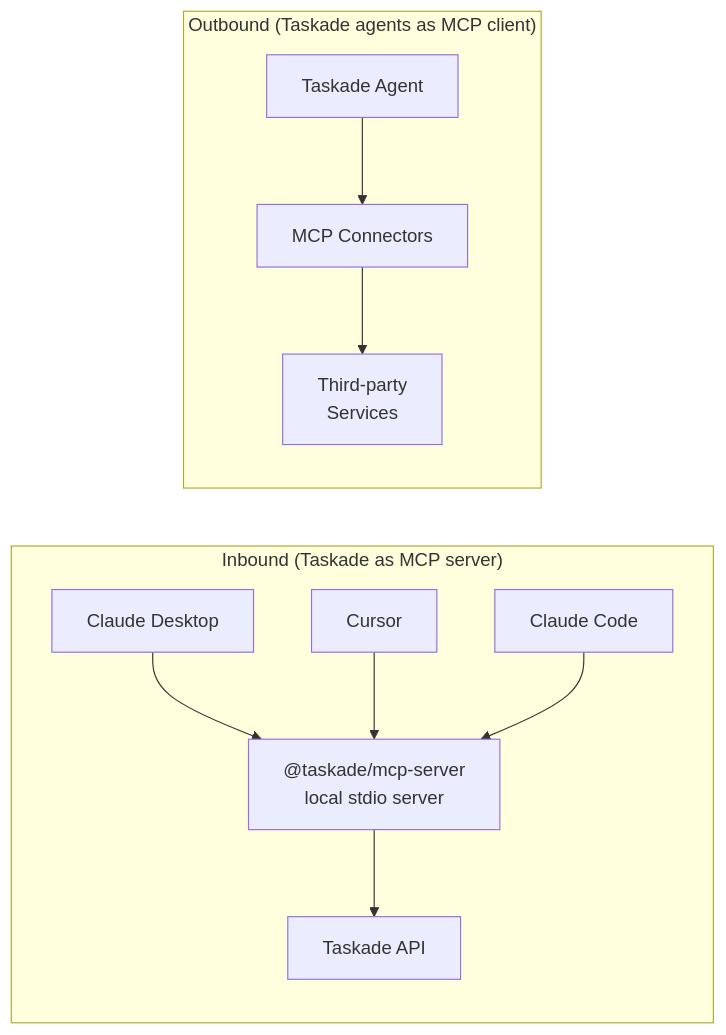
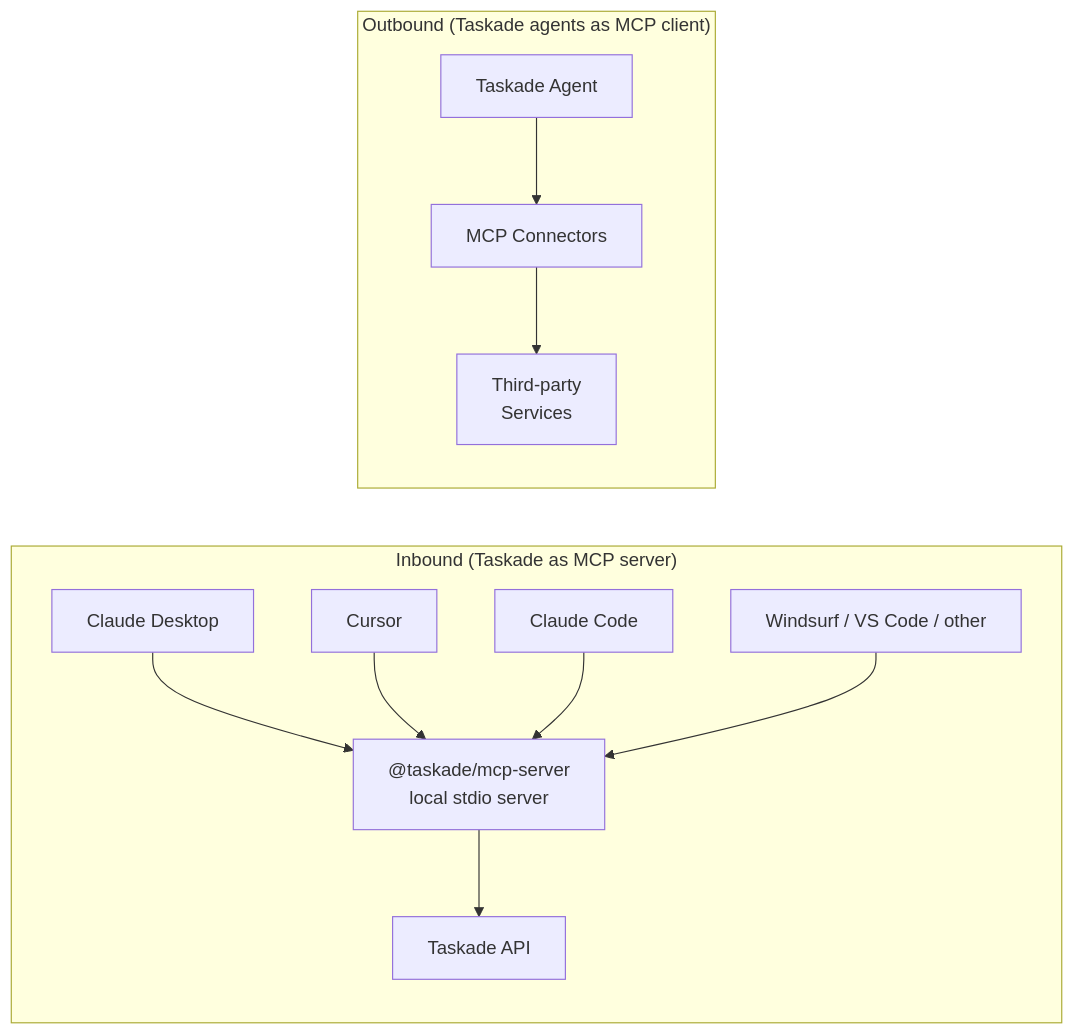
Before and after one commit to taskade/docs: the diagram in apis-living-system-development/workspace-mcp-advanced.md, drawn with Mermaid. The commit also changed other lines of this file and 12 other files, not shown here.

````diff
--- a/apis-living-system-development/workspace-mcp-advanced.md
+++ b/apis-living-system-development/workspace-mcp-advanced.md
@@ -29,23 +29,25 @@
 ```mermaid
 graph LR
     subgraph "Inbound (Taskade as MCP server)"
         direction TB
         CLIENT1[Claude Desktop]
         CLIENT2[Cursor]
         CLIENT3[Claude Code]
+        CLIENT4[Windsurf / VS Code / other]
         MCP_LOCAL["@taskade/mcp-server<br/>local stdio server"]
         CLIENT1 --> MCP_LOCAL
         CLIENT2 --> MCP_LOCAL
         CLIENT3 --> MCP_LOCAL
+        CLIENT4 --> MCP_LOCAL
         MCP_LOCAL --> TASKADE_API[Taskade API]
     end
 
     subgraph "Outbound (Taskade agents as MCP client)"
         direction TB
         AGENT[Taskade Agent]
         HOSTED[MCP Connectors]
         EXTERNAL[Third-party<br/>Services]
         AGENT --> HOSTED
         HOSTED --> EXTERNAL
     end
 ```
````
